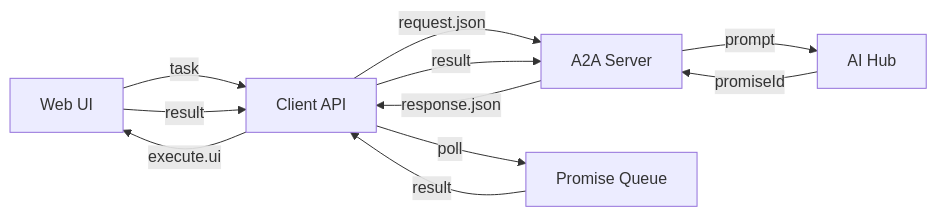
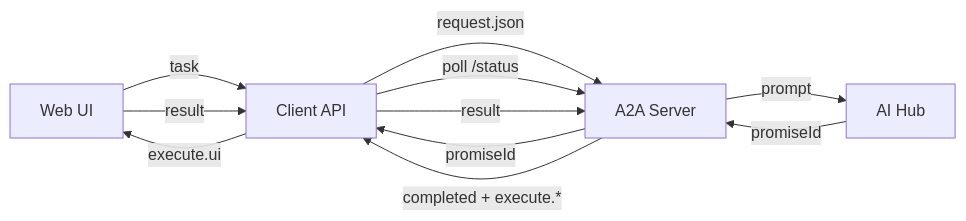
The diagram in docs/new-request-flow/PROTOCOLS/README.md (donkeyhotshow/a2a-script-agent-autonomy), drawn with Mermaid before and after one commit. The commit also changed other lines of this file and 93 other files, not shown here.

````diff
--- a/docs/new-request-flow/PROTOCOLS/README.md
+++ b/docs/new-request-flow/PROTOCOLS/README.md
@@ -62,15 +65,14 @@
 ```mermaid
 graph LR
     Web[Web UI] -->|task| Client[Client API]
     Client -->|request.json| Server[A2A Server]
-    Server -->|response.json| Client
+    Server -->|promiseId| Client
+    Client -->|"poll /status"| Server
+    Server -->|"completed + execute.*"| Client
     Client -->|execute.ui| Web
     Web -->|result| Client
     Client -->|result| Server
     
     Server -->|prompt| AI[AI Hub]
     AI -->|promiseId| Server
-    
-    Client -->|poll| Promise[Promise Queue]
-    Promise -->|result| Client
 ```
````
